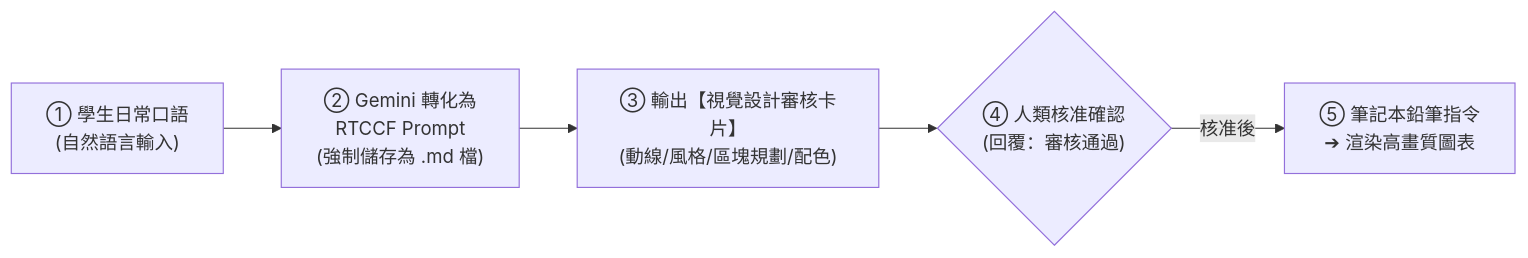
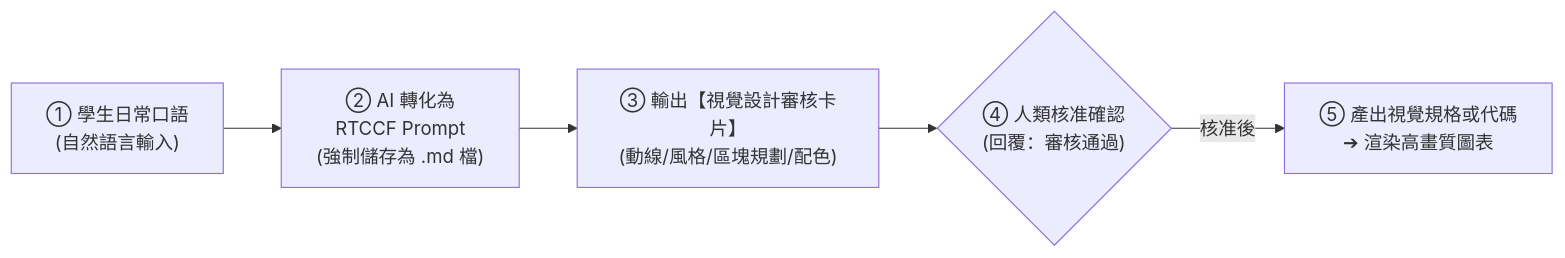
One commit to roberthsu2003/workflow-productivity changed the first of 2 diagrams in 常見的AI應用/辦公室全能應用/全自動資訊圖表的生成.md. Above: the diagram before and after it, drawn with Mermaid. The commit also changed other lines of this file and 9 other files, not shown here.

````diff
--- a/常見的AI應用/辦公室全能應用/全自動資訊圖表的生成.md
+++ b/常見的AI應用/辦公室全能應用/全自動資訊圖表的生成.md
@@ -12,7 +12,7 @@
 ```mermaid
 flowchart LR
-    A["① 學生日常口語\n(自然語言輸入)"] --> B["② Gemini 轉化為\nRTCCF Prompt\n(強制儲存為 .md 檔)"]
+    A["① 學生日常口語\n(自然語言輸入)"] --> B["② AI 轉化為\nRTCCF Prompt\n(強制儲存為 .md 檔)"]
     B --> C["③ 輸出【視覺設計審核卡片】\n(動線/風格/區塊規劃/配色)"]
     C --> D{"④ 人類核准確認\n(回覆：審核通過)"}
-    D -->|核准後| E["⑤ 筆記本鉛筆指令\n➔ 渲染高畫質圖表"]
+    D -->|核准後| E["⑤ 產出視覺規格或代碼\n➔ 渲染高畫質圖表"]
 ```
````
